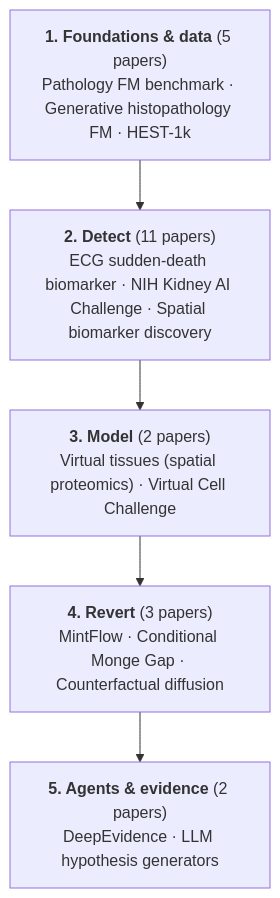
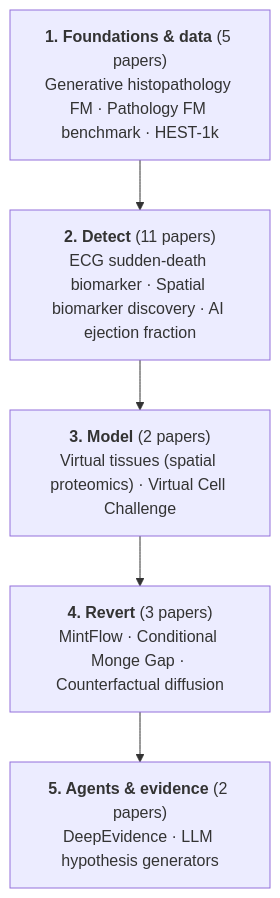
Before and after one commit to jasonjin34/Medical_reading_material: the diagram in _maps/Sikander's picks.md, drawn with Mermaid. The commit also changed 202 other files, not shown here.

````diff
--- a/_maps/Sikander's picks.md
+++ b/_maps/Sikander's picks.md
@@ -15,17 +15,17 @@
 ```mermaid
 flowchart TD
   s1["`**1. Foundations & data** (5 papers)
-Pathology FM benchmark · Generative histopathology FM · HEST-1k`"]
+Generative histopathology FM · Pathology FM benchmark · HEST-1k`"]
   s2["`**2. Detect** (11 papers)
-ECG sudden-death biomarker · NIH Kidney AI Challenge · Spatial biomarker discovery`"]
+ECG sudden-death biomarker · Spatial biomarker discovery · AI ejection fraction`"]
   s3["`**3. Model** (2 papers)
 Virtual tissues (spatial proteomics) · Virtual Cell Challenge`"]
   s4["`**4. Revert** (3 papers)
 MintFlow · Conditional Monge Gap · Counterfactual diffusion`"]
   s5["`**5. Agents & evidence** (2 papers)
 DeepEvidence · LLM hypothesis generators`"]
   s1 --> s2
   s2 --> s3
   s3 --> s4
   s4 --> s5
 ```
````
